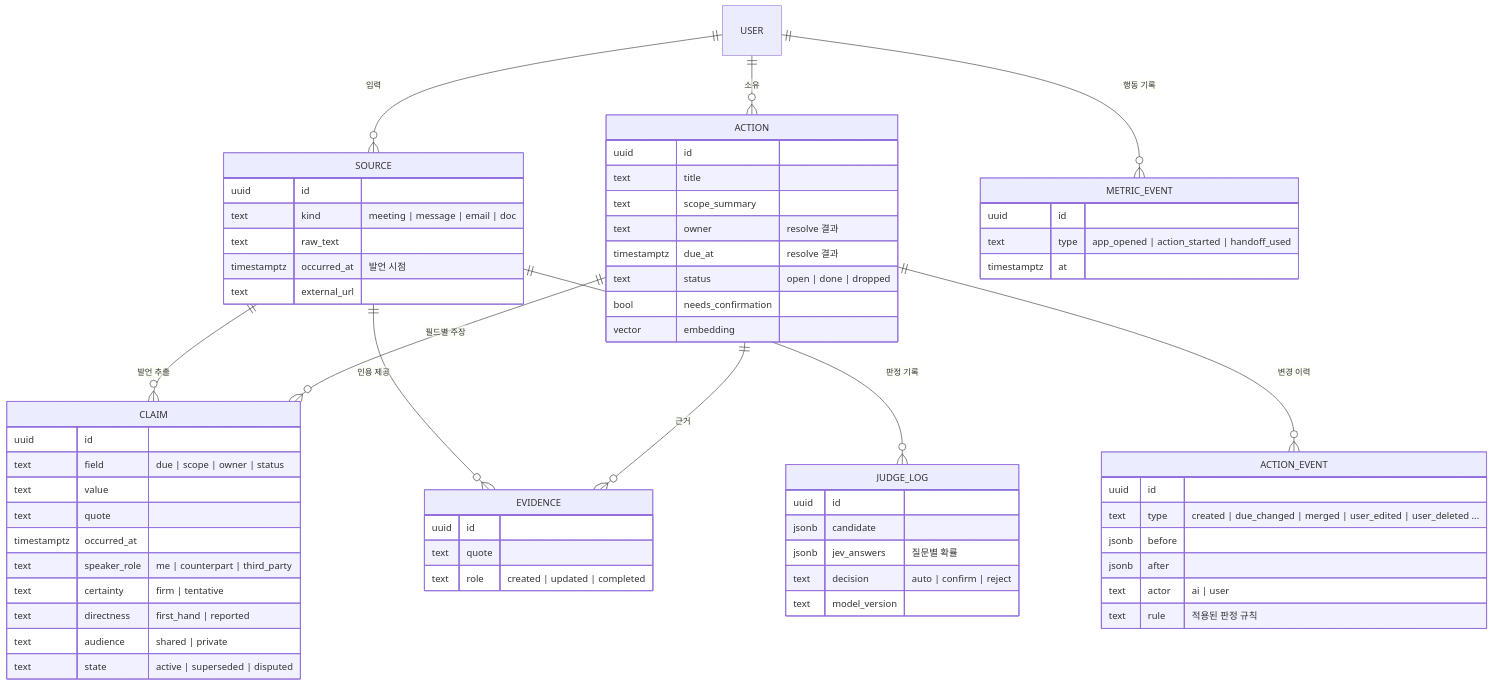
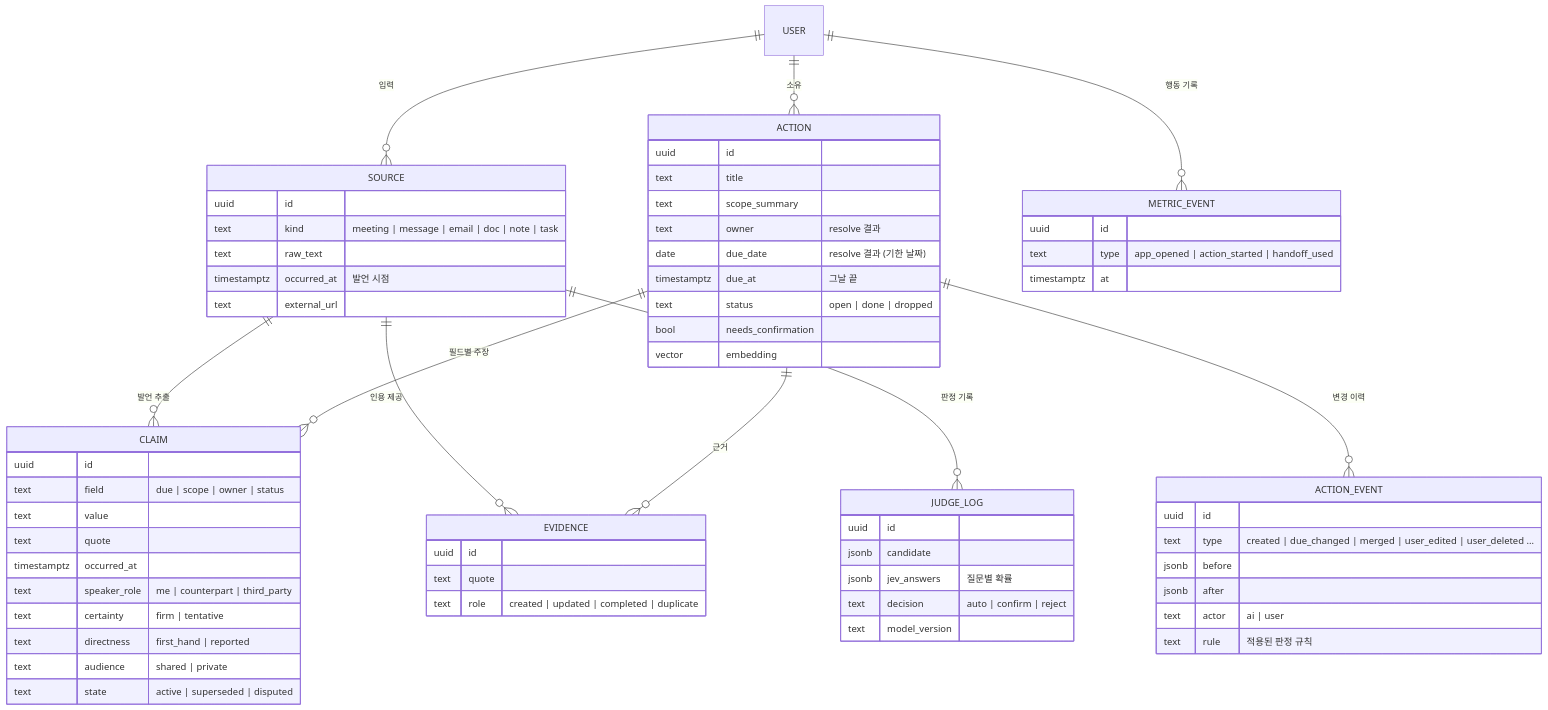
One commit to songch9511/taskforce-new changed the fifth of 6 diagrams in docs/ARCHITECTURE.md. Above: the diagram before and after it, drawn with Mermaid. The commit also changed other lines of this file and 9 other files, not shown here.

````diff
--- a/docs/ARCHITECTURE.md
+++ b/docs/ARCHITECTURE.md
@@ -223,67 +224,68 @@
 ```mermaid
 erDiagram
     USER ||--o{ SOURCE : "입력"
     USER ||--o{ ACTION : "소유"
     SOURCE ||--o{ CLAIM : "발언 추출"
     SOURCE ||--o{ EVIDENCE : "인용 제공"
     ACTION ||--o{ CLAIM : "필드별 주장"
     ACTION ||--o{ EVIDENCE : "근거"
     ACTION ||--o{ ACTION_EVENT : "변경 이력"
     USER ||--o{ METRIC_EVENT : "행동 기록"
     SOURCE ||--o{ JUDGE_LOG : "판정 기록"
 
     SOURCE {
         uuid id
-        text kind "meeting | message | email | doc"
+        text kind "meeting | message | email | doc | note | task"
         text raw_text
         timestamptz occurred_at "발언 시점"
         text external_url
     }
     ACTION {
         uuid id
         text title
         text scope_summary
         text owner "resolve 결과"
-        timestamptz due_at "resolve 결과"
+        date due_date "resolve 결과 (기한 날짜)"
+        timestamptz due_at "그날 끝"
         text status "open | done | dropped"
         bool needs_confirmation
         vector embedding
     }
     CLAIM {
         uuid id
         text field "due | scope | owner | status"
         text value
         text quote
         timestamptz occurred_at
         text speaker_role "me | counterpart | third_party"
         text certainty "firm | tentative"
         text directness "first_hand | reported"
         text audience "shared | private"
         text state "active | superseded | disputed"
     }
     EVIDENCE {
         uuid id
         text quote
-        text role "created | updated | completed"
+        text role "created | updated | completed | duplicate"
     }
     ACTION_EVENT {
         uuid id
         text type "created | due_changed | merged | user_edited | user_deleted ..."
         jsonb before
         jsonb after
         text actor "ai | user"
         text rule "적용된 판정 규칙"
     }
     JUDGE_LOG {
         uuid id
         jsonb candidate
         jsonb jev_answers "질문별 확률"
         text decision "auto | confirm | reject"
         text model_version
     }
     METRIC_EVENT {
         uuid id
         text type "app_opened | action_started | handoff_used"
         timestamptz at
     }
 ```
````
